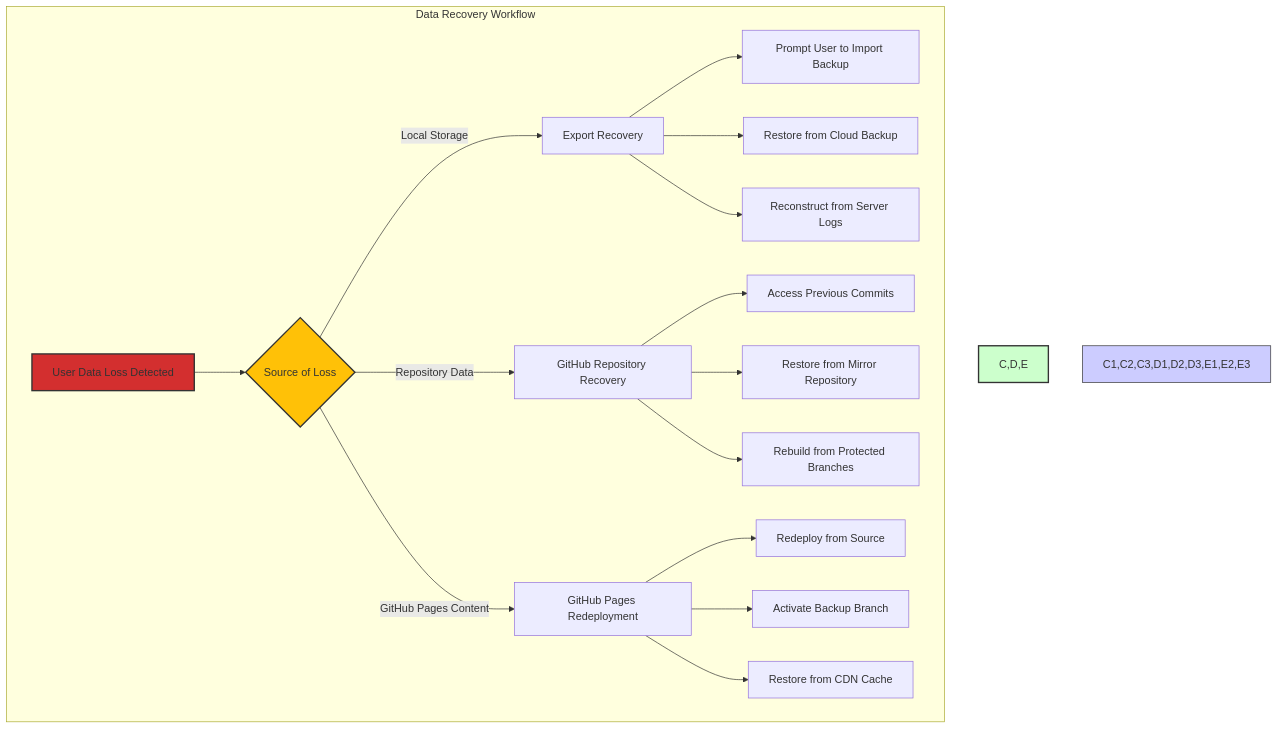
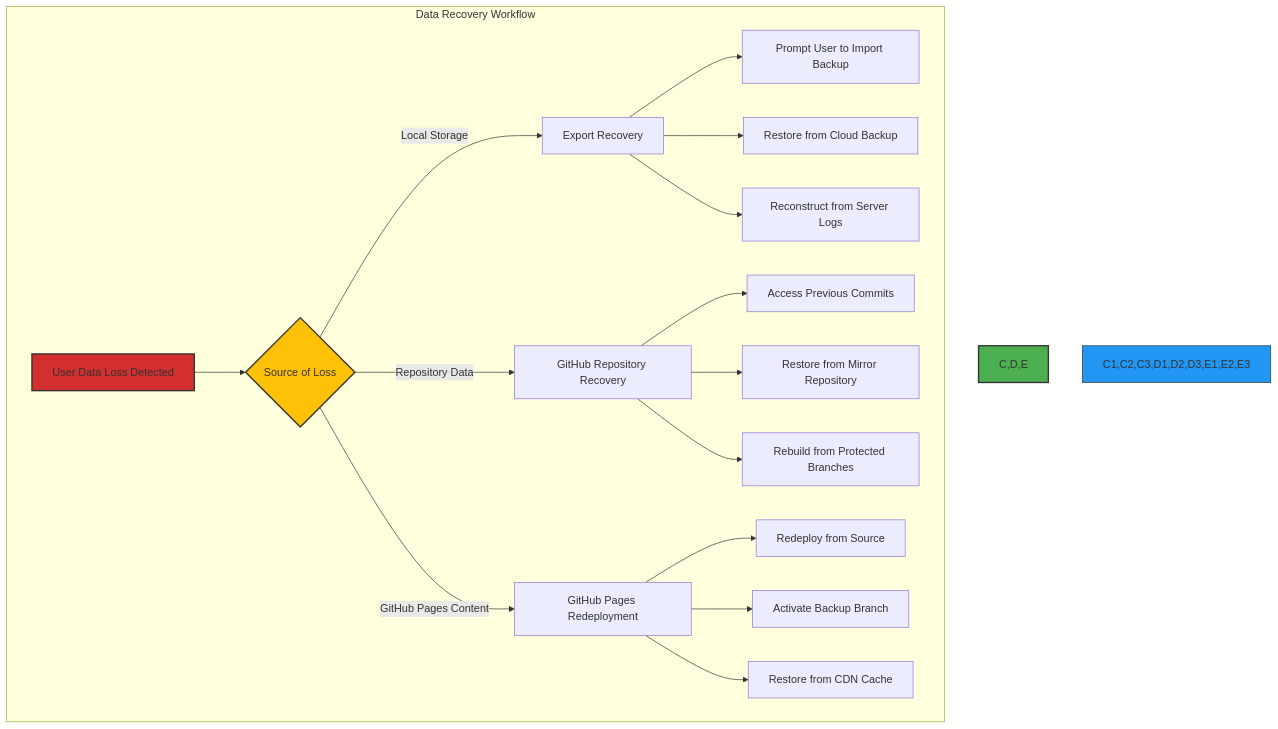
Diagram 18 of 33 in docs/architecture/BCPPlan.md (Hack23/cia-compliance-manager), drawn with Mermaid before and after one commit. The commit also changed other lines of this file, not shown here.

````diff
--- a/docs/architecture/BCPPlan.md
+++ b/docs/architecture/BCPPlan.md
@@ -727,26 +727,26 @@
 ```mermaid
 flowchart TD
     subgraph "Data Recovery Workflow"
         A[User Data Loss Detected] --> B{Source of Loss}
         B -->|"Local Storage"| C[Export Recovery]
         B -->|"Repository Data"| D[GitHub Repository Recovery]
         B -->|"GitHub Pages Content"| E[GitHub Pages Redeployment]
 
         C --> C1[Prompt User to Import Backup]
         C --> C2[Restore from Cloud Backup]
         C --> C3[Reconstruct from Server Logs]
 
         D --> D1[Access Previous Commits]
         D --> D2[Restore from Mirror Repository]
         D --> D3[Rebuild from Protected Branches]
 
         E --> E1[Redeploy from Source]
         E --> E2[Activate Backup Branch]
         E --> E3[Restore from CDN Cache]
     end
 
     style A fill:#D32F2F,stroke:#333,stroke-width:2px
     style B fill:#FFC107,stroke:#333,stroke-width:2px
-    style C,D,E fill:#ccffcc,stroke:#333,stroke-width:2px
-    style C1,C2,C3,D1,D2,D3,E1,E2,E3 fill:#ccccff,stroke:#333,stroke-width:1px
+    style C,D,E fill:#4CAF50,stroke:#333,stroke-width:2px
+    style C1,C2,C3,D1,D2,D3,E1,E2,E3 fill:#2196F3,stroke:#333,stroke-width:1px
 ```
````
